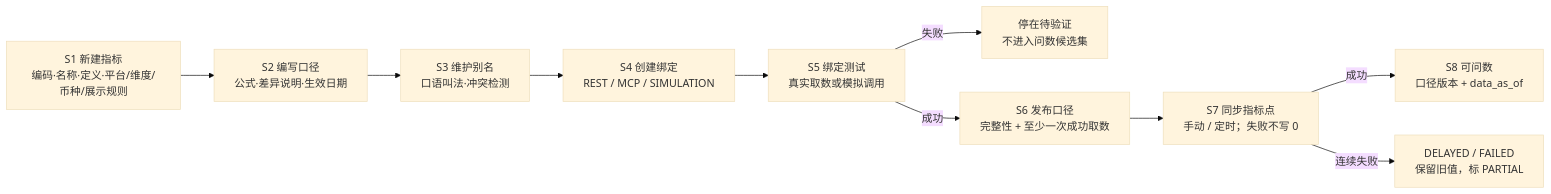
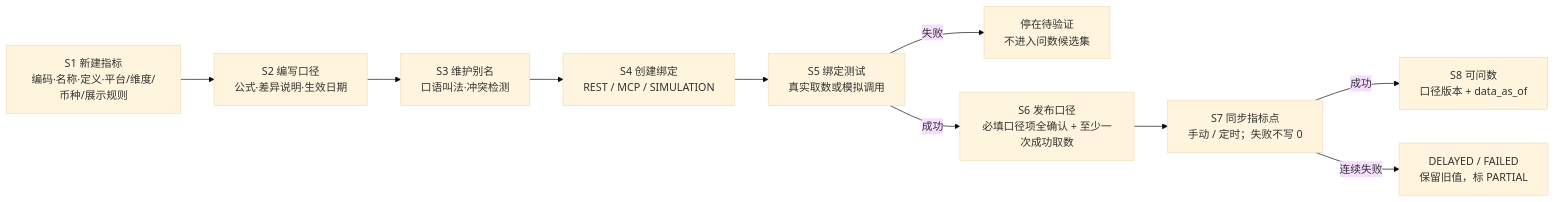
Before and after one commit to Spring-Chen25/AI-commerce: the diagram in ai_ecommerce/docs/attachments/flow-qa-metric.mmd, drawn with Mermaid (base theme). The commit also changed 12 other files, not shown here.

```diff
--- a/ai_ecommerce/docs/attachments/flow-qa-metric.mmd
+++ b/ai_ecommerce/docs/attachments/flow-qa-metric.mmd
@@ -1,15 +1,17 @@
 %% 图 flow-qa-metric 指标管理与维护（Mermaid 源码；成图见 flow-qa-metric.svg / .png）
 flowchart LR
     A["S1 新建指标<br/>编码·名称·定义·平台/维度/币种/展示规则"] --> B["S2 编写口径<br/>公式·差异说明·生效日期"]
     B --> C["S3 维护别名<br/>口语叫法·冲突检测"]
     C --> D["S4 创建绑定<br/>REST / MCP / SIMULATION"]
     D --> E["S5 绑定测试<br/>真实取数或模拟调用"]
     E -->|失败| E1["停在待验证<br/>不进入问数候选集"]
-    E -->|成功| F["S6 发布口径<br/>完整性 + 至少一次成功取数"]
+    E -->|成功| F["S6 发布口径<br/>必填口径项全确认 + 至少一次成功取数"]
     F --> G["S7 同步指标点<br/>手动 / 定时；失败不写 0"]
     G -->|成功| H["S8 可问数<br/>口径版本 + data_as_of"]
     G -->|连续失败| G1["DELAYED / FAILED<br/>保留旧值，标 PARTIAL"]
 
-    %% 状态：DRAFT / PENDING / READY / DELAYED / FAILED / DISABLED（由系统计算）
+    %% 状态分层：绑定级 → 平台级（按 指标编码+平台 独立）→ 指标级（口径已发布且至少一平台 READY/DELAYED）
+    %% 聚合规则：不跨平台"取最差"；未绑定平台不得借用其他平台的绑定状态
+    %% 状态：DRAFT / PENDING / READY / DELAYED / FAILED / DISABLED / DELETED（由系统计算，均不写 0）
     %% 守卫：已发布不可改；有历史引用禁止删除；模拟值带 SIMULATION 且可清除、不可转正
     %% 权限：指标管理员可写配置；数据运营仅同步；运行侧对事实数据只读
```
